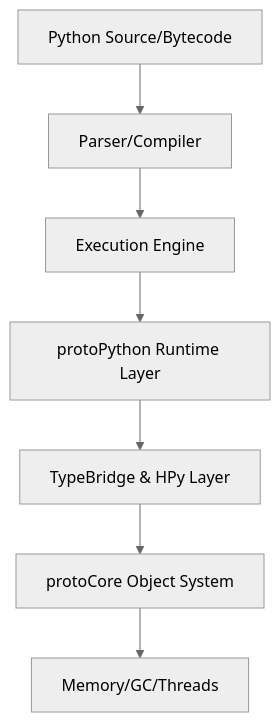
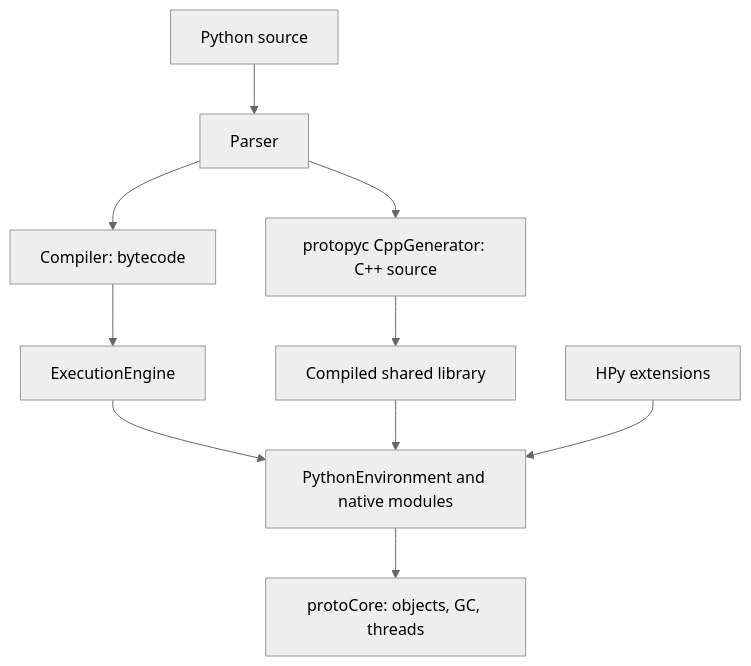
The diagram in README.md (gamarino/protoPython), drawn with Mermaid (neutral theme) before and after one commit. The commit also changed other lines of this file, not shown here.

````diff
--- a/README.md
+++ b/README.md
@@ -1261,9 +296,12 @@
 ```mermaid
 graph TD
-    A[Python Source/Bytecode] --> B[Parser/Compiler]
-    B --> C[Execution Engine]
-    C --> D[protoPython Runtime Layer]
-    D --> E[TypeBridge & HPy Layer]
-    E --> F[protoCore Object System]
-    F --> G[Memory/GC/Threads]
+    A[Python source] --> B[Parser]
+    B --> C[Compiler: bytecode]
+    B --> H[protopyc CppGenerator: C++ source]
+    C --> D[ExecutionEngine]
+    H --> I[Compiled shared library]
+    D --> E[PythonEnvironment and native modules]
+    I --> E
+    J[HPy extensions] --> E
+    E --> F[protoCore: objects, GC, threads]
 ```
````
